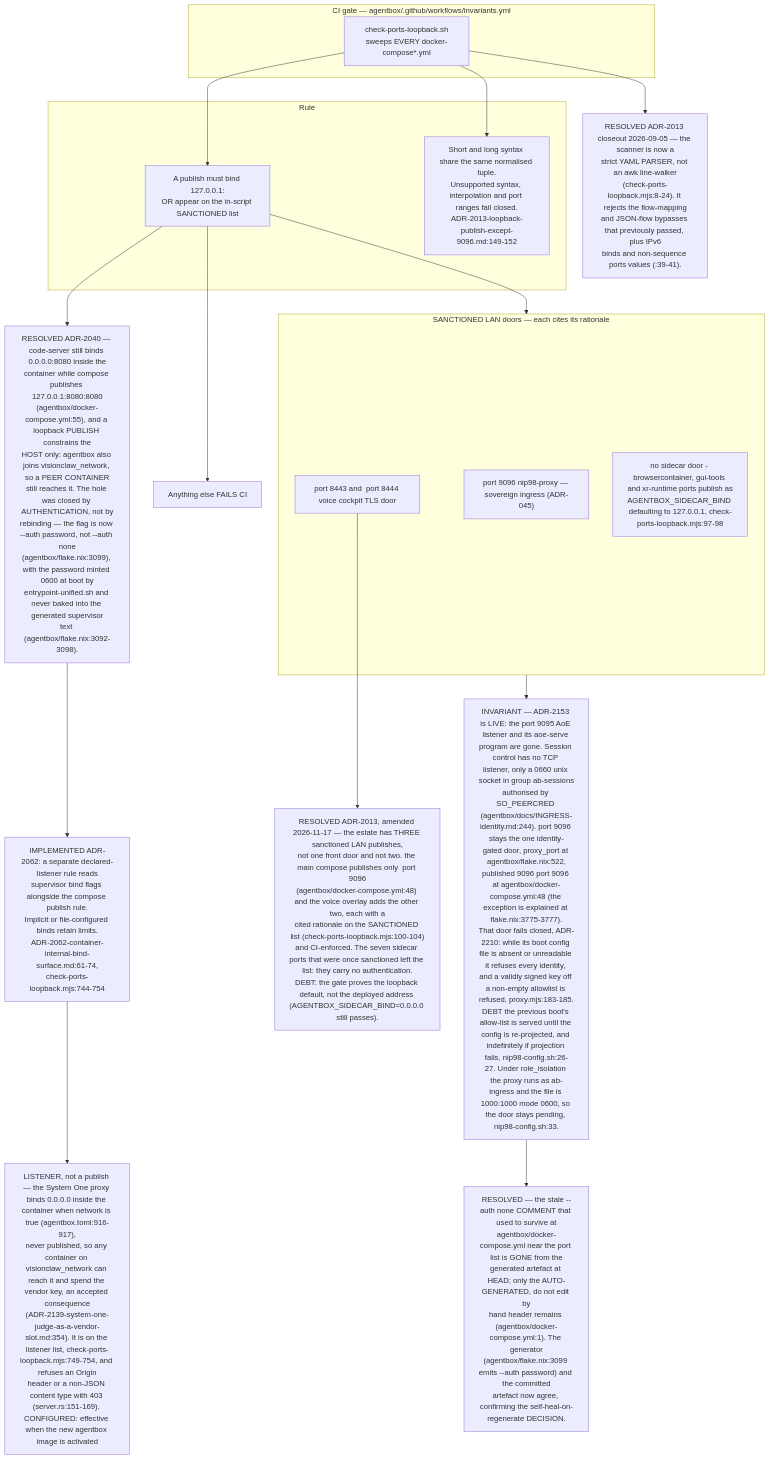
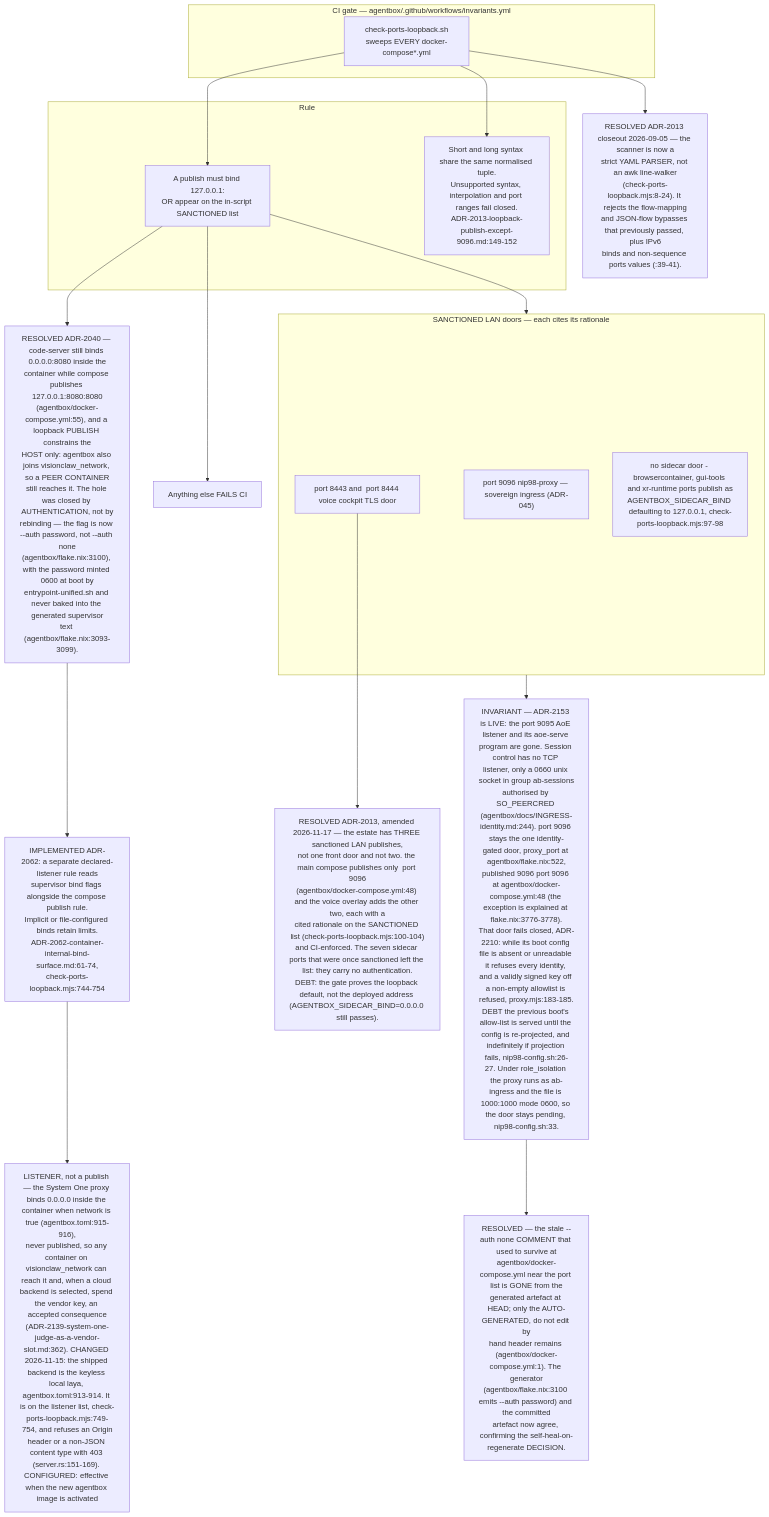
One commit to DreamLab-AI/VisionFlow changed the eighth of 11 diagrams in docs/diagrams/estate/10-deployment-and-security-profiles.md. Above: the diagram before and after it, drawn with Mermaid. The commit also changed other lines of this file and 5 other files, not shown here.

````diff
--- a/docs/diagrams/estate/10-deployment-and-security-profiles.md
+++ b/docs/diagrams/estate/10-deployment-and-security-profiles.md
@@ -335,36 +337,36 @@
 ```mermaid
 flowchart TB
     subgraph ci["CI gate — agentbox/.github/workflows/invariants.yml"]
         SC["check-ports-loopback.sh<br/>sweeps EVERY docker-compose*.yml"]
     end
     subgraph rule["Rule"]
         R1["A publish must bind 127.0.0.1:<br/>OR appear on the in-script SANCTIONED list"]
         R2["Short and long syntax share the same normalised tuple.<br/>Unsupported syntax, interpolation and port ranges fail closed.<br/>ADR-2013-loopback-publish-except-9096.md:149-152"]
     end
     subgraph sanctioned["SANCTIONED LAN doors — each cites its rationale"]
         P1[" port 9096 nip98-proxy — sovereign ingress (ADR-045)"]
         P2[" port 8443 and  port 8444 voice cockpit TLS door"]
         P3["no sidecar door - browsercontainer, gui-tools and xr-runtime ports publish as<br/>AGENTBOX_SIDECAR_BIND defaulting to 127.0.0.1, check-ports-loopback.mjs:97-98"]
     end
     FAIL["Anything else FAILS CI"]
-    INV["INVARIANT — ADR-2153 is LIVE: the port 9095 AoE listener and its aoe-serve program are gone. Session control has no TCP listener, only a 0660 unix socket in group ab-sessions<br/>authorised by SO_PEERCRED (agentbox/docs/INGRESS-identity.md:244). port 9096 stays the one identity-gated door, proxy_port at agentbox/flake.nix:522,<br/>published 9096 port 9096 at agentbox/docker-compose.yml:48 (the exception is explained at flake.nix:3775-3777).<br/>That door fails closed, ADR-2210: while its boot config file is absent or unreadable it refuses every identity, and a validly signed key off a non-empty allowlist is refused, proxy.mjs:183-185.<br/>DEBT the previous boot's allow-list is served until the config is re-projected, and indefinitely if projection fails, nip98-config.sh:26-27. Under role_isolation the proxy runs as ab-ingress and the file is 1000:1000 mode 0600, so the door stays pending, nip98-config.sh:33."]
+    INV["INVARIANT — ADR-2153 is LIVE: the port 9095 AoE listener and its aoe-serve program are gone. Session control has no TCP listener, only a 0660 unix socket in group ab-sessions<br/>authorised by SO_PEERCRED (agentbox/docs/INGRESS-identity.md:244). port 9096 stays the one identity-gated door, proxy_port at agentbox/flake.nix:522,<br/>published 9096 port 9096 at agentbox/docker-compose.yml:48 (the exception is explained at flake.nix:3776-3778).<br/>That door fails closed, ADR-2210: while its boot config file is absent or unreadable it refuses every identity, and a validly signed key off a non-empty allowlist is refused, proxy.mjs:183-185.<br/>DEBT the previous boot's allow-list is served until the config is re-projected, and indefinitely if projection fails, nip98-config.sh:26-27. Under role_isolation the proxy runs as ab-ingress and the file is 1000:1000 mode 0600, so the door stays pending, nip98-config.sh:33."]
     D1["RESOLVED ADR-2013, amended 2026-11-17 — the estate has THREE sanctioned LAN publishes,<br/>not one front door and not two. the main compose publishes only  port 9096<br/>(agentbox/docker-compose.yml:48) and the voice overlay adds the other two, each with a<br/>cited rationale on the SANCTIONED list (check-ports-loopback.mjs:100-104)<br/>and CI-enforced. The seven sidecar ports that were once sanctioned left the list: they carry no authentication.<br/>DEBT: the gate proves the loopback default, not the deployed address (AGENTBOX_SIDECAR_BIND=0.0.0.0 still passes)."]
     D2["RESOLVED ADR-2013 closeout 2026-09-05 — the scanner is now a<br/>strict YAML PARSER, not an awk line-walker<br/>(check-ports-loopback.mjs:8-24). It rejects the flow-mapping<br/>and JSON-flow bypasses that previously passed, plus IPv6<br/>binds and non-sequence ports values (:39-41)."]
-    D3["RESOLVED ADR-2040 — code-server still binds 0.0.0.0:8080 inside the<br/>container while compose publishes 127.0.0.1:8080:8080<br/>(agentbox/docker-compose.yml:55), and a loopback PUBLISH constrains the<br/>HOST only: agentbox also joins visionclaw_network, so a PEER CONTAINER<br/>still reaches it. The hole was closed by AUTHENTICATION, not by<br/>rebinding — the flag is now --auth password, not --auth none<br/>(agentbox/flake.nix:3099), with the password minted 0600 at boot by<br/>entrypoint-unified.sh and never baked into the generated supervisor<br/>text (agentbox/flake.nix:3092-3098)."]
+    D3["RESOLVED ADR-2040 — code-server still binds 0.0.0.0:8080 inside the<br/>container while compose publishes 127.0.0.1:8080:8080<br/>(agentbox/docker-compose.yml:55), and a loopback PUBLISH constrains the<br/>HOST only: agentbox also joins visionclaw_network, so a PEER CONTAINER<br/>still reaches it. The hole was closed by AUTHENTICATION, not by<br/>rebinding — the flag is now --auth password, not --auth none<br/>(agentbox/flake.nix:3100), with the password minted 0600 at boot by<br/>entrypoint-unified.sh and never baked into the generated supervisor<br/>text (agentbox/flake.nix:3093-3099)."]
     D5["IMPLEMENTED ADR-2062: a separate declared-listener rule reads<br/>supervisor bind flags alongside the compose publish rule.<br/>Implicit or file-configured binds retain limits.<br/>ADR-2062-container-internal-bind-surface.md:61-74,<br/>check-ports-loopback.mjs:744-754"]
-    D4["RESOLVED — the stale --auth none COMMENT that used to survive at<br/>agentbox/docker-compose.yml near the port list is GONE from the<br/>generated artefact at HEAD; only the AUTO-GENERATED, do not edit by<br/>hand header remains (agentbox/docker-compose.yml:1). The generator<br/>(agentbox/flake.nix:3099 emits --auth password) and the committed<br/>artefact now agree, confirming the self-heal-on-regenerate DECISION."]
+    D4["RESOLVED — the stale --auth none COMMENT that used to survive at<br/>agentbox/docker-compose.yml near the port list is GONE from the<br/>generated artefact at HEAD; only the AUTO-GENERATED, do not edit by<br/>hand header remains (agentbox/docker-compose.yml:1). The generator<br/>(agentbox/flake.nix:3100 emits --auth password) and the committed<br/>artefact now agree, confirming the self-heal-on-regenerate DECISION."]
 
-    D6["LISTENER, not a publish — the System One proxy binds 0.0.0.0 inside the container when network is true (agentbox.toml:916-917),<br/>never published, so any container on visionclaw_network can reach it and spend the vendor key, an accepted consequence<br/>(ADR-2139-system-one-judge-as-a-vendor-slot.md:354). It is on the listener list, check-ports-loopback.mjs:749-754, and refuses an Origin<br/>header or a non-JSON content type with 403 (server.rs:151-169). CONFIGURED: effective when the new agentbox image is activated"]
+    D6["LISTENER, not a publish — the System One proxy binds 0.0.0.0 inside the container when network is true (agentbox.toml:915-916),<br/>never published, so any container on visionclaw_network can reach it and, when a cloud backend is selected, spend the vendor key, an accepted consequence<br/>(ADR-2139-system-one-judge-as-a-vendor-slot.md:362). CHANGED 2026-11-15: the shipped backend is the keyless local laya, agentbox.toml:913-914. It is on the listener list, check-ports-loopback.mjs:749-754, and refuses an Origin<br/>header or a non-JSON content type with 403 (server.rs:151-169). CONFIGURED: effective when the new agentbox image is activated"]
 
     SC --> R1
     SC --> R2
     R1 --> sanctioned
     R1 --> FAIL
     sanctioned --> INV
     P2 --> D1
     SC --> D2
     R1 --> D3
     INV --> D4
     D3 --> D5
     D5 --> D6
 ```
````
